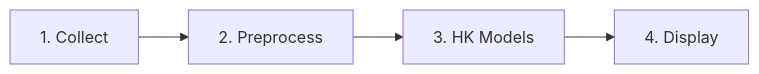
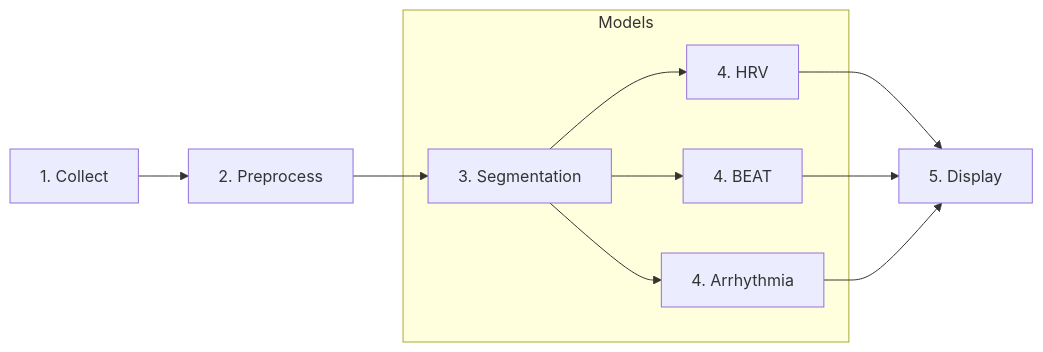
The diagram in docs/tutorials/heartkit-demo.md (AmbiqAI/heartkit), drawn with Mermaid before and after one commit. The commit also changed 2 other files, not shown here.

Commit message:
feat: Adjust table formats.

````diff
--- a/docs/tutorials/heartkit-demo.md
+++ b/docs/tutorials/heartkit-demo.md
@@ -5,4 +5,13 @@
 ```mermaid
 flowchart LR
-    S[1. Collect] -->| | P[2. Preprocess] --> M[3. HK Models] --> L[4. Display]
+    COLL[1. Collect] --> PRE[2. Preprocess]
+    PRE[2. Preprocess] --> SEG[3. Segmentation]
+    subgraph Models
+    SEG[3. Segmentation] --> HRV[4. HRV]
+    SEG[3. Segmentation] --> BEAT[4. BEAT]
+    SEG[3. Segmentation] --> ARR[4. Arrhythmia]
+    end
+    HRV[4. HRV] --> DISP[5. Display]
+    BEAT[4. BEAT] --> DISP
+    ARR[4. Arrhythmia] --> DISP
 ```
````
